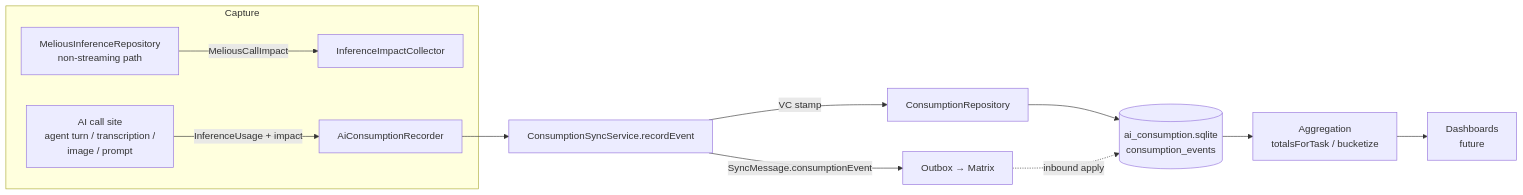
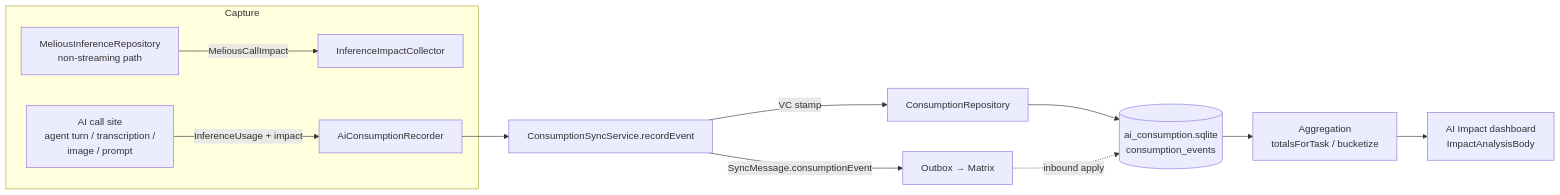
The first of 3 diagrams in lib/features/ai_consumption/README.md (matthiasn/lotti), drawn with Mermaid before and after one commit. The commit also changed other lines of this file and 58 other files, not shown here.

Commit message:
feat(ai): AI Impact dashboard, per-task cost chip, and per-call ledger (#3404)

````diff
--- a/lib/features/ai_consumption/README.md
+++ b/lib/features/ai_consumption/README.md
@@ -16,14 +16,14 @@
 ```mermaid
 flowchart LR
   subgraph Capture
     M[MeliousInferenceRepository<br/>non-streaming path] -->|MeliousCallImpact| C[InferenceImpactCollector]
     call[AI call site<br/>agent turn / transcription /<br/>image / prompt] -->|InferenceUsage + impact| R[AiConsumptionRecorder]
   end
   R --> SS[ConsumptionSyncService.recordEvent]
   SS -->|VC stamp| Repo[ConsumptionRepository]
   Repo --> DB[(ai_consumption.sqlite<br/>consumption_events)]
   SS -->|SyncMessage.consumptionEvent| OB[Outbox → Matrix]
   OB -. inbound apply .-> DB
   DB --> Agg[Aggregation<br/>totalsForTask / bucketize]
-  Agg --> UI[Dashboards<br/>future]
+  Agg --> UI[AI Impact dashboard<br/>ImpactAnalysisBody]
 ```
````
